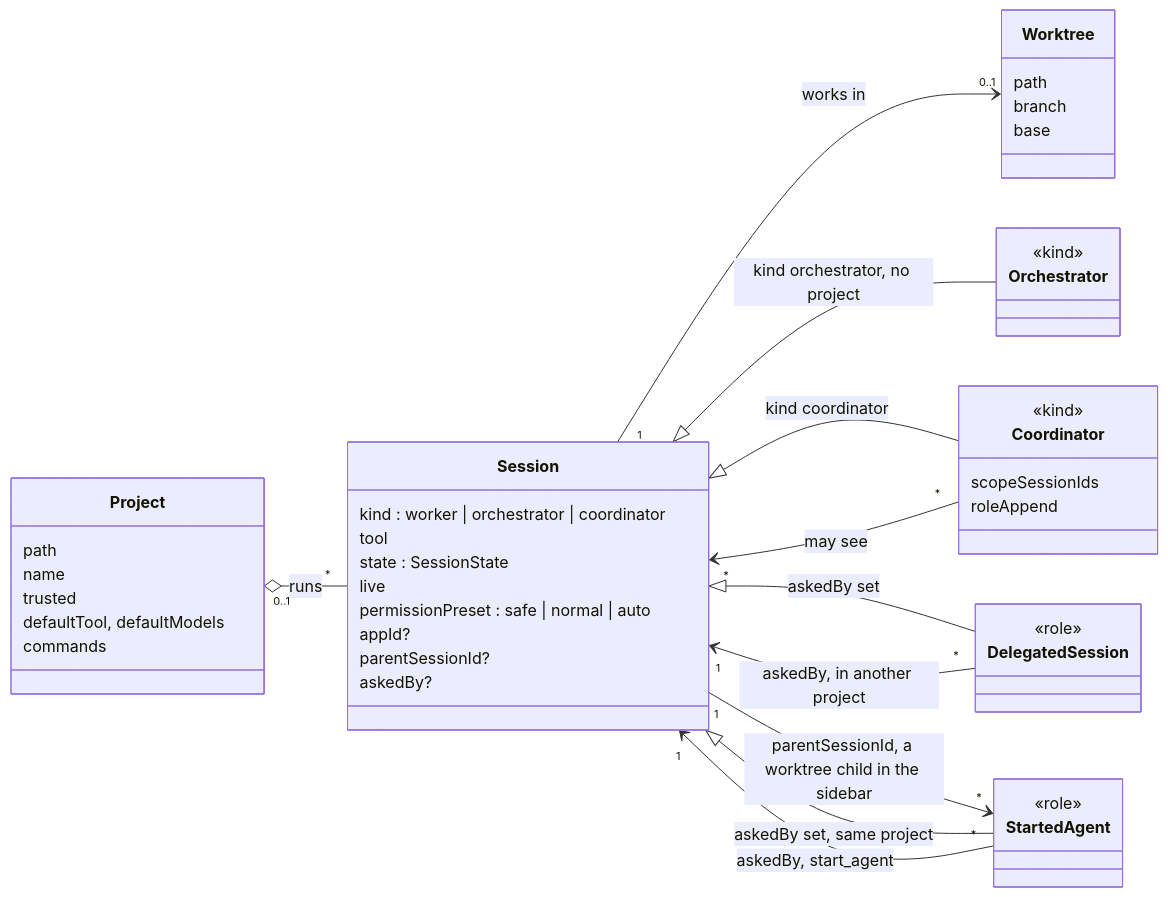
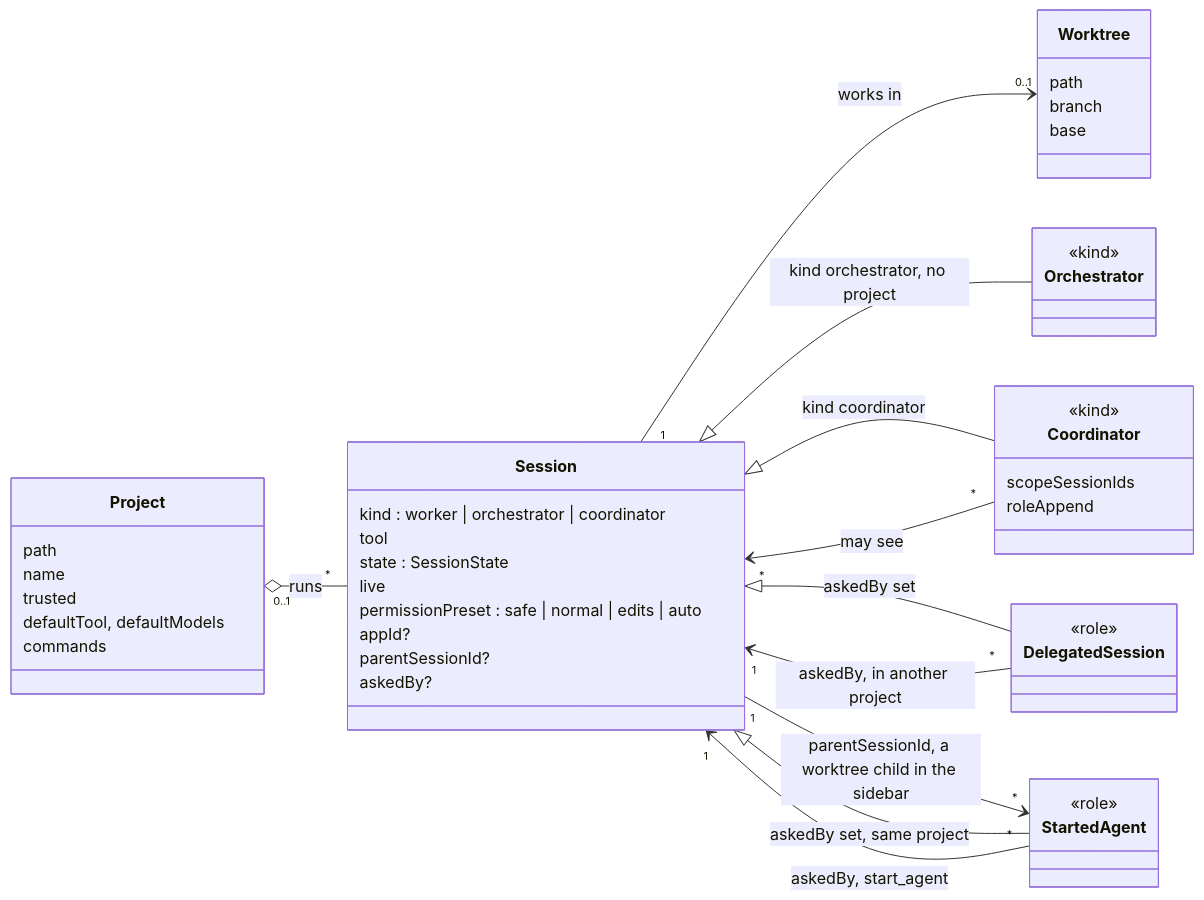
Before and after one commit to ijun17/centralu: the first of 11 diagrams in docs/domain-model.md, drawn with Mermaid. The commit also changed other lines of this file and 27 other files, not shown here.

First line of the commit message:
feat(agent-host): add the edits preset, the default of a trusted project

````diff
--- a/docs/domain-model.md
+++ b/docs/domain-model.md
@@ -151,50 +151,50 @@
 ```mermaid
 classDiagram
   direction LR
   class Project {
     path
     name
     trusted
     defaultTool, defaultModels
     commands
   }
   class Session {
     kind : worker | orchestrator | coordinator
     tool
     state : SessionState
     live
-    permissionPreset : safe | normal | auto
+    permissionPreset : safe | normal | edits | auto
     appId?
     parentSessionId?
     askedBy?
   }
   class Worktree {
     path
     branch
     base
   }
   class Orchestrator {
     <<kind>>
   }
   class Coordinator {
     <<kind>>
     scopeSessionIds
     roleAppend
   }
   class DelegatedSession {
     <<role>>
   }
   class StartedAgent {
     <<role>>
   }
   Project "0..1" o-- "*" Session : runs
   Session "1" --> "0..1" Worktree : works in
   Session <|-- Orchestrator : kind orchestrator, no project
   Session <|-- Coordinator : kind coordinator
   Session <|-- DelegatedSession : askedBy set
   Session "1" --> "*" StartedAgent : parentSessionId, a worktree child in the sidebar
   DelegatedSession "*" --> "1" Session : askedBy, in another project
   Session <|-- StartedAgent : askedBy set, same project
   StartedAgent "*" --> "1" Session : askedBy, start_agent
   Coordinator "*" --> "*" Session : may see
 ```
````
